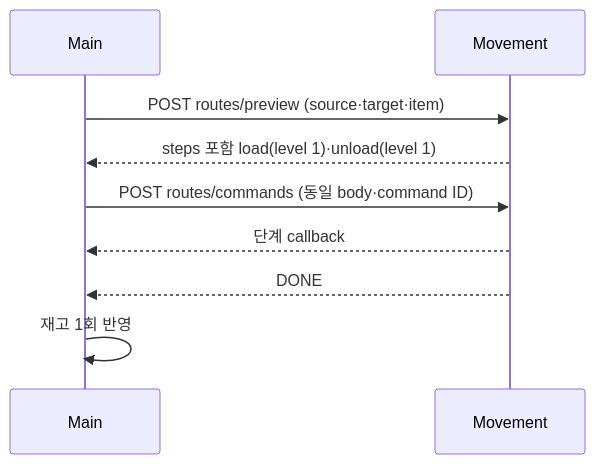
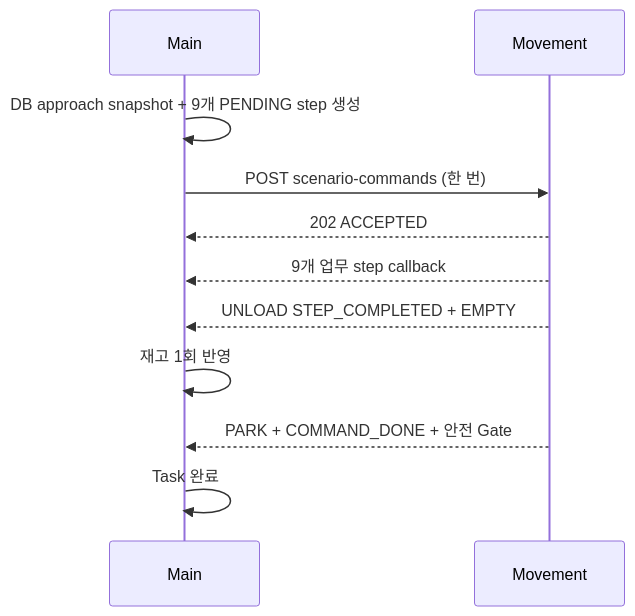
Before and after one commit to eduwing-robotics/ros2-ai-amr-repo3: the third of 3 diagrams in main_server/docs/INTERFACES.md, drawn with Mermaid. The commit also changed other lines of this file and 31 other files, not shown here.

Commit message:
feat(main): adopt movement scenario api v1

````diff
--- a/main_server/docs/INTERFACES.md
+++ b/main_server/docs/INTERFACES.md
@@ -370,11 +342,13 @@
 ```mermaid
 sequenceDiagram
   participant Main
   participant MV as Movement
-  Main->>MV: POST routes/preview (source·target·item)
-  MV-->>Main: steps 포함 load(level 1)·unload(level 1)
-  Main->>MV: POST routes/commands (동일 body·command ID)
-  MV-->>Main: 단계 callback
-  MV-->>Main: DONE
+  Main->>Main: DB approach snapshot + 9개 PENDING step 생성
+  Main->>MV: POST scenario-commands (한 번)
+  MV-->>Main: 202 ACCEPTED
+  MV-->>Main: 9개 업무 step callback
+  MV-->>Main: UNLOAD STEP_COMPLETED + EMPTY
   Main->>Main: 재고 1회 반영
+  MV-->>Main: PARK + COMMAND_DONE + 안전 Gate
+  Main->>Main: Task 완료
 ```
````
